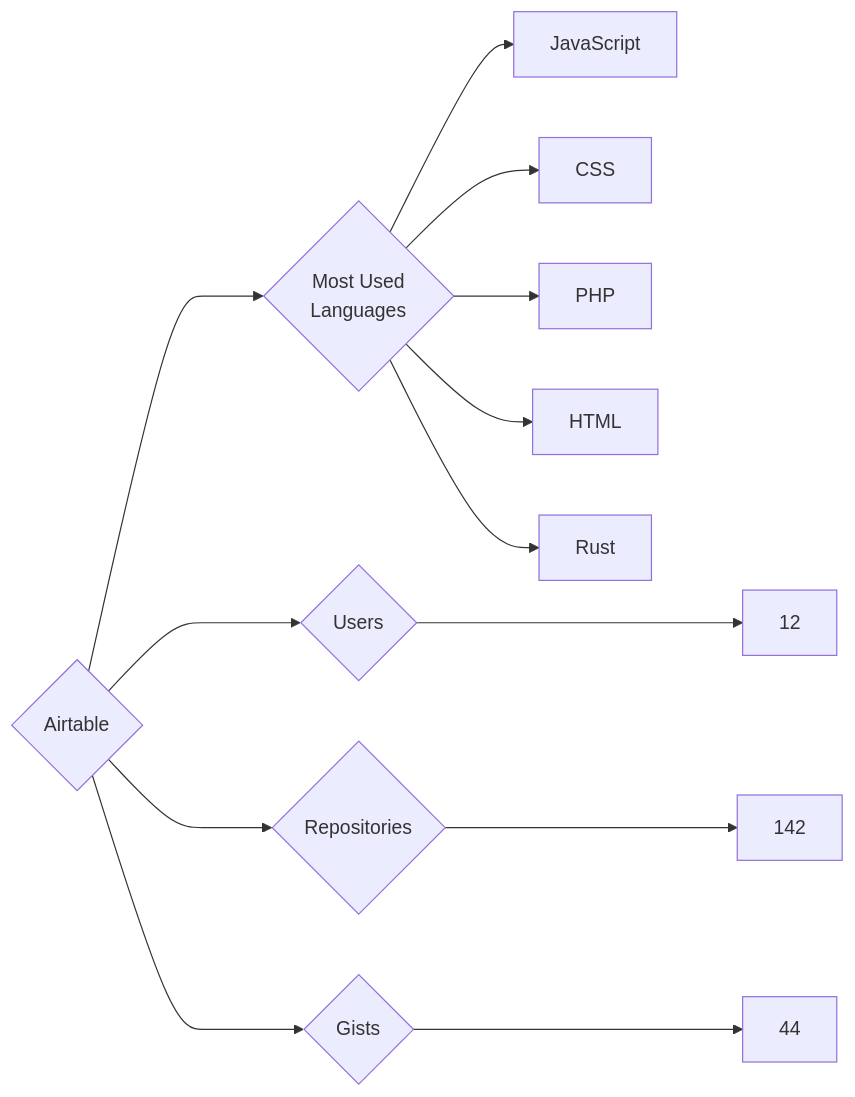
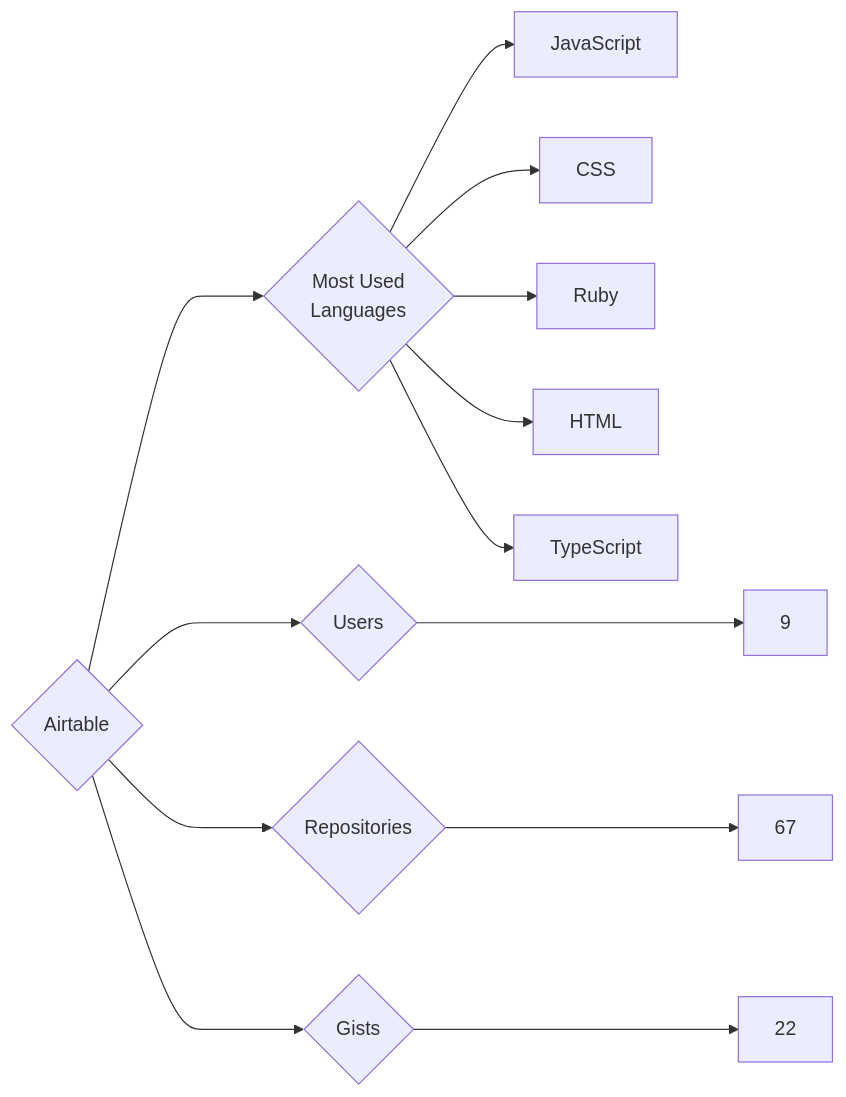
The diagram in targets/Airtable/README.md (trickest/insiders), drawn with Mermaid before and after one commit. The commit also changed 1166 other files, not shown here.

````diff
--- a/targets/Airtable/README.md
+++ b/targets/Airtable/README.md
@@ -3,13 +3,13 @@
 ```mermaid
 graph LR
 COMPANY_NAME{Airtable}
-COMPANY_NAME ---> U{Users} ---> UN[12]
-COMPANY_NAME ---> R{Repositories} ---> RN[142]
-COMPANY_NAME ---> G{Gists} ---> GN[44]
+COMPANY_NAME ---> U{Users} ---> UN[9]
+COMPANY_NAME ---> R{Repositories} ---> RN[67]
+COMPANY_NAME ---> G{Gists} ---> GN[22]
 COMPANY_NAME ---> ML{Most Used<br>Languages}
 ML --> JavaScript[JavaScript]
 ML --> CSS[CSS]
-ML --> PHP[PHP]
+ML --> Ruby[Ruby]
 ML --> HTML[HTML]
-ML --> Rust[Rust]
+ML --> TypeScript[TypeScript]
 ```
````
